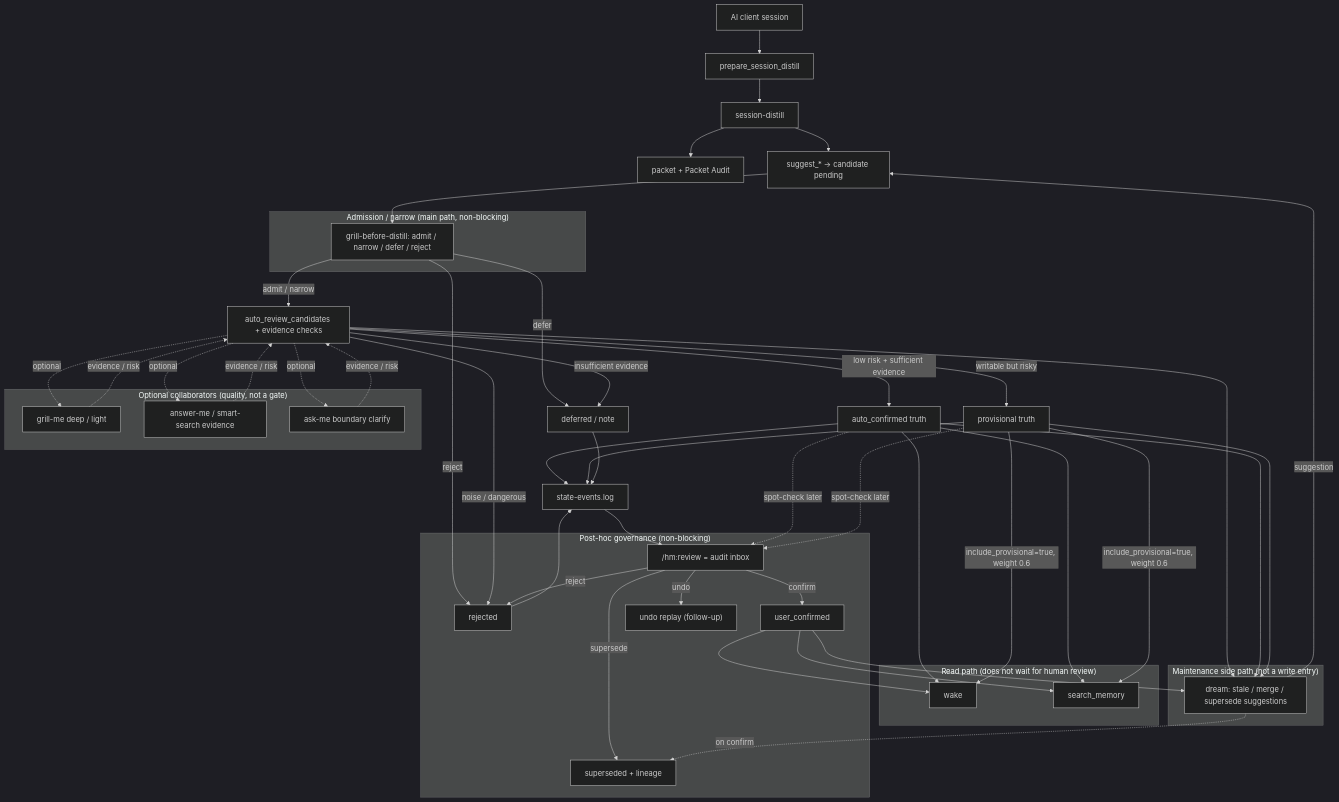
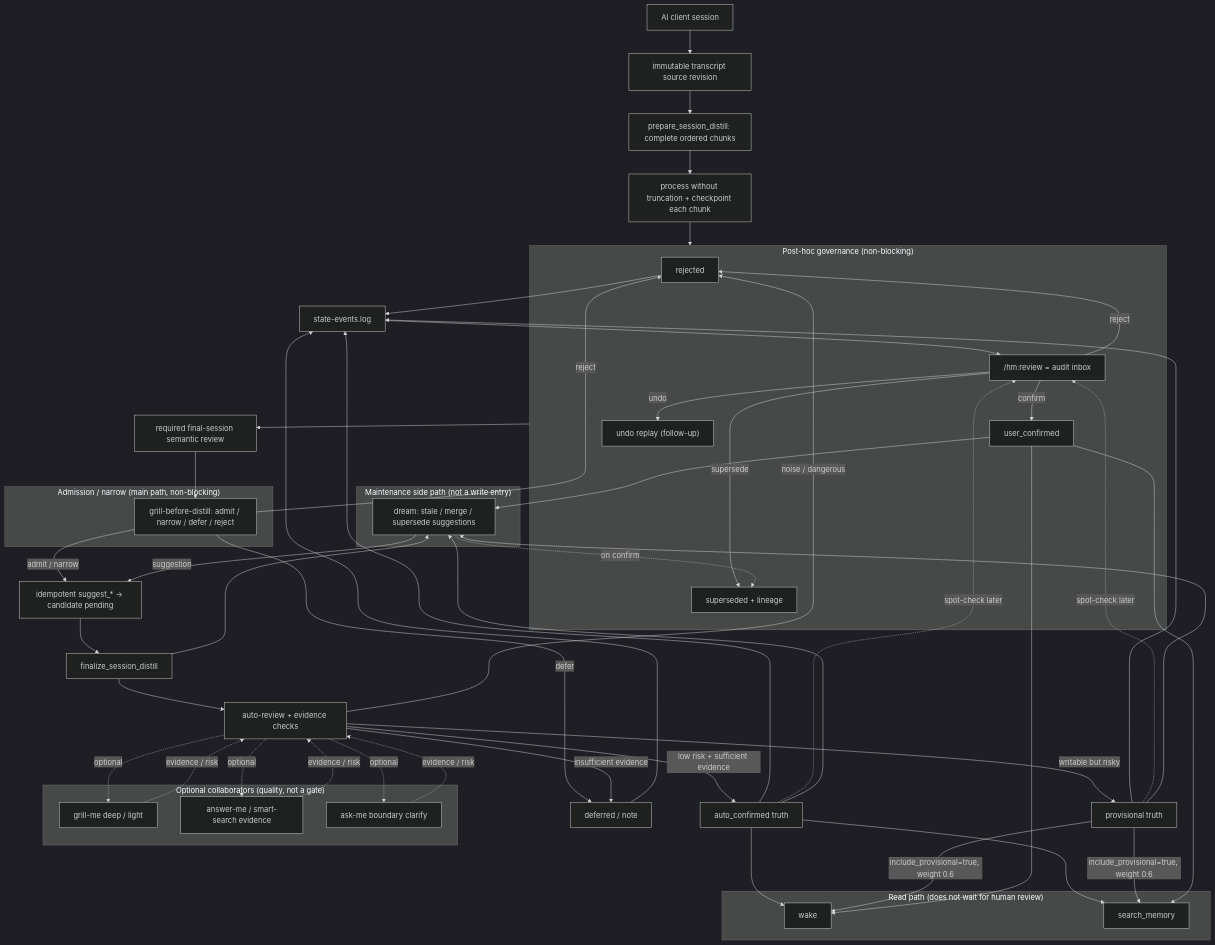
Before and after one commit to manhua-man/harness-mem: the first of 3 diagrams in docs/auto-promoted-memory-governance.md, drawn with Mermaid (dark theme). The commit also changed other lines of this file and 131 other files, not shown here.

````diff
--- a/docs/auto-promoted-memory-governance.md
+++ b/docs/auto-promoted-memory-governance.md
@@ -44,66 +49,69 @@
 ```mermaid
 flowchart TD
-    SRC["AI client session"] --> PREP["prepare_session_distill"]
-    PREP --> SD["session-distill"]
-    SD --> PKT["packet + Packet Audit"]
-    SD --> CAND["suggest_* -> candidate pending"]
+    SRC["AI client session"] --> SNAP["immutable transcript source revision"]
+    SNAP --> PREP["prepare_session_distill: complete ordered chunks"]
+    PREP --> SD["process without truncation + checkpoint each chunk"]
+    SD --> AUDIT["structural completeness audit"]
+    AUDIT --> REVIEW["required final-session semantic review"]
 
     subgraph ADMISSION["Admission / narrow (main path, non-blocking)"]
         G["grill-before-distill: admit / narrow / defer / reject"]
     end
 
-    CAND --> G
-    G -->|admit / narrow| PREF["auto_review_candidates + evidence checks"]
-    PREF --> DREAM["Dream maintenance"]
+    REVIEW --> G
+    G -->|admit / narrow| CAND["idempotent suggest_* -> candidate pending"]
+    CAND --> FINAL["finalize_session_distill"]
+    FINAL --> PREF["auto-review + evidence checks"]
+    FINAL --> DREAM["Dream maintenance"]
     G -->|defer| DEFERRED["deferred / note"]
     G -->|reject| REJECTED["rejected"]
 
     subgraph HELPERS["Optional collaborators (quality, not a gate)"]
         H1["grill-me deep / light"]
         H2["answer-me / smart-search evidence"]
         H3["ask-me boundary clarify"]
     end
 
     PREF -.optional.-> H1
     PREF -.optional.-> H2
     PREF -.optional.-> H3
     H1 & H2 & H3 -.evidence / risk.-> PREF
 
     PREF -->|low risk + sufficient evidence| AUTO["auto_confirmed truth"]
     PREF -->|writable but risky| PROV["provisional truth"]
     PREF -->|insufficient evidence| DEFERRED
     PREF -->|noise / dangerous| REJECTED
 
     AUTO --> LEDGER["state-events.log"]
     PROV --> LEDGER
     DEFERRED --> LEDGER
     REJECTED --> LEDGER
 
     subgraph READ["Read path (does not wait for human review)"]
         WAKE["wake"]
         SEARCH["search_memory"]
     end
 
     AUTO --> WAKE & SEARCH
     PROV -->|"include_provisional=true, weight 0.6"| WAKE & SEARCH
     USER["user_confirmed"] --> WAKE & SEARCH
 
     subgraph AUDIT["Post-hoc governance (non-blocking)"]
         INBOX["/hm:review = audit inbox"]
         INBOX -->|confirm| USER
         INBOX -->|reject| REJECTED
         INBOX -->|undo| UNDO["undo replay (follow-up)"]
         INBOX -->|supersede| SUPER["superseded + lineage"]
     end
 
     LEDGER --> INBOX
     AUTO & PROV -.spot-check later.-> INBOX
 
     subgraph MAINTAIN["Maintenance side path (not a write entry)"]
         DREAM["dream: stale / merge / supersede suggestions"]
     end
 
     AUTO & PROV & USER --> DREAM
     DREAM -->|suggestion| CAND
     DREAM -.on confirm.-> SUPER
 ```
````
